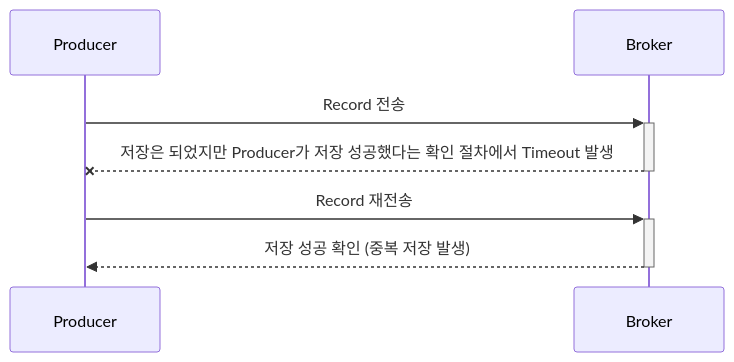
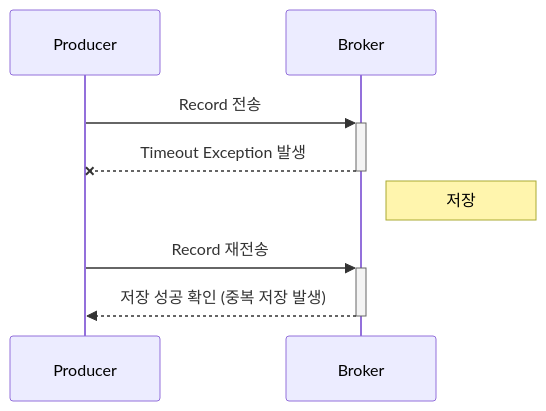
The second of 2 diagrams in _posts/2023-07-17-Kafka 프로듀서(producer)(3).md (KwakTaeMin/KwakTaeMin.github.io), drawn with Mermaid before and after one commit.

Commit message:
카프카 프로듀서 포스팅

```diff
--- a/_posts/2023-07-17-Kafka 프로듀서(producer)(3).md
+++ b/_posts/2023-07-17-Kafka 프로듀서(producer)(3).md
@@ -77,7 +77,8 @@
 <div class="mermaid"> 
 sequenceDiagram
   Producer->>+Broker: Record 전송
-  Broker--x-Producer: 저장은 되었지만 Producer가 저장 성공했다는 확인 절차에서 Timeout 발생
+  Broker--x-Producer: Timeout Exception 발생
+  Note right of Broker: 저장 
   Producer->>+Broker: Record 재전송
   Broker-->>-Producer: 저장 성공 확인 (중복 저장 발생)
 </div> 
```
